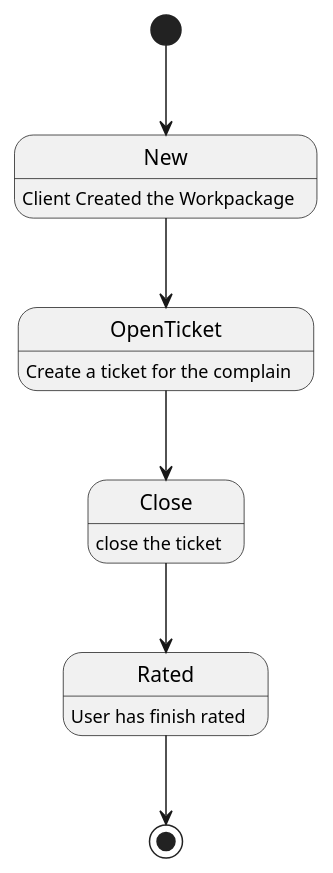
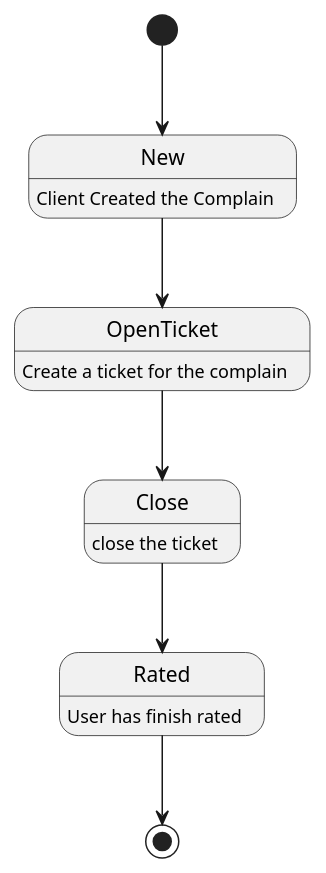
Before and after one commit to rukshansuranga/smart-city: the diagram in PSMBackend/WebAPI/Diagrams/StateDiagram/Complain.puml, drawn with PlantUML. The commit also changed 971 other files, not shown here.

```diff
--- a/PSMBackend/WebAPI/Diagrams/StateDiagram/Complain.puml
+++ b/PSMBackend/WebAPI/Diagrams/StateDiagram/Complain.puml
@@ -2,17 +2,17 @@
 @startuml
 
 [*] --> New
-New: Client Created the Workpackage
+New: Client Created the Complain
 
 New --> OpenTicket
 OpenTicket: Create a ticket for the complain
 
 OpenTicket --> Close
 Close: close the ticket
 
 Close --> Rated
 Rated: User has finish rated
 
 Rated --> [*]
 
 @enduml
```
